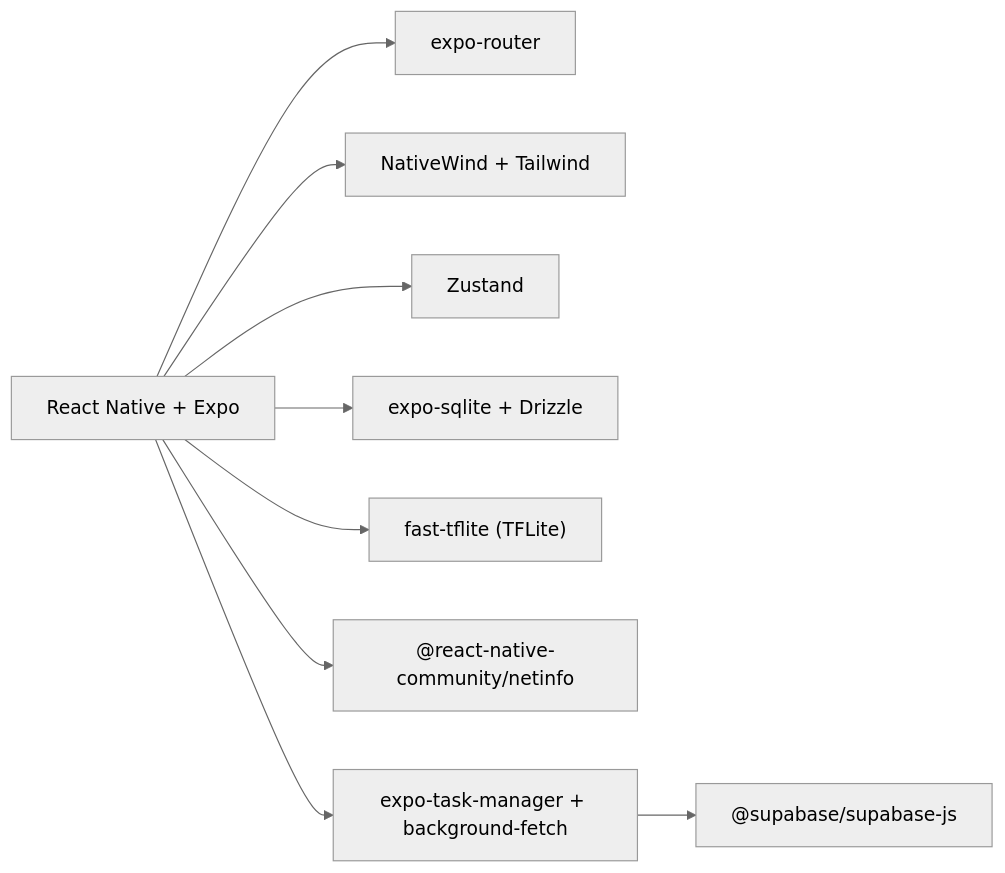
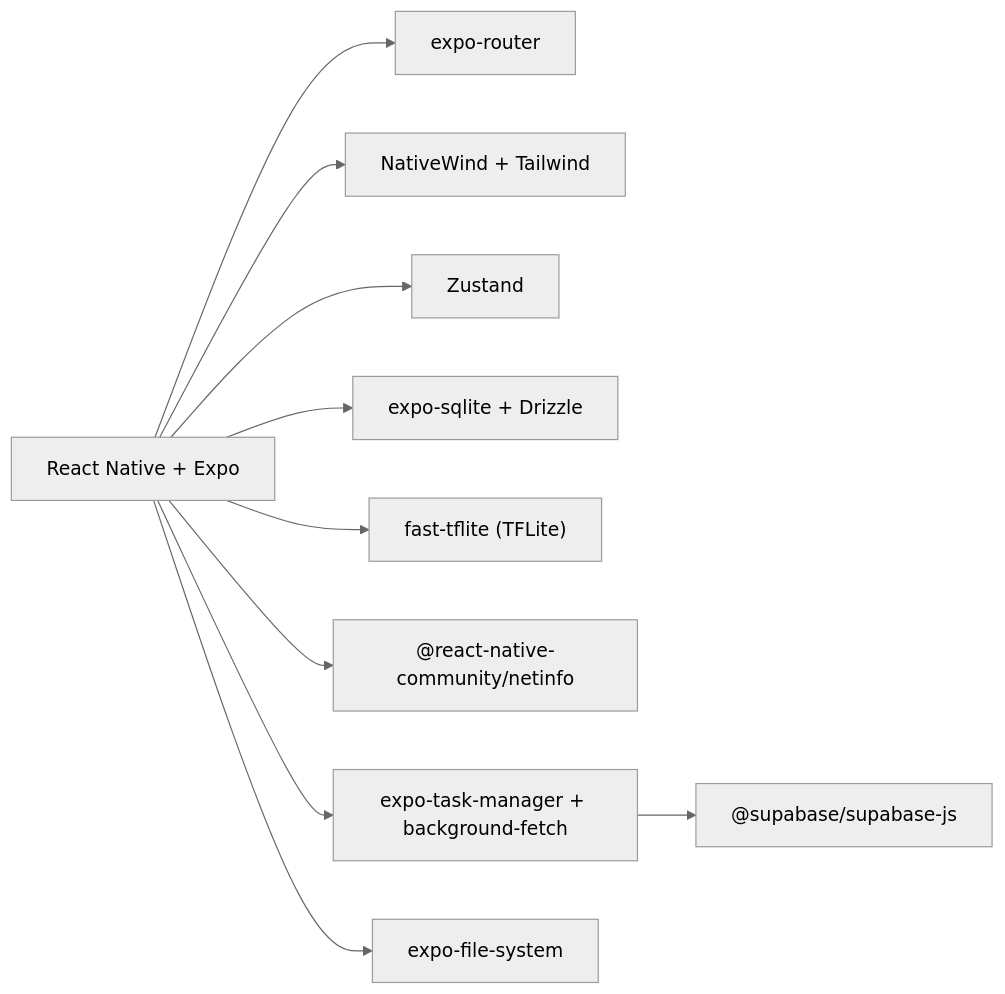
The eighth of 8 diagrams in .qoder/repowiki/en/content/Development Guide.md (AdeelTahir-SE/DermSight), drawn with Mermaid (neutral theme) before and after one commit. The commit also changed other lines of this file and 19 other files, not shown here.

````diff
--- a/.qoder/repowiki/en/content/Development Guide.md
+++ b/.qoder/repowiki/en/content/Development Guide.md
@@ -231,11 +259,12 @@
 ```mermaid
 graph LR
 RN["React Native + Expo"] --> Router["expo-router"]
 RN --> Style["NativeWind + Tailwind"]
 RN --> State["Zustand"]
 RN --> DB["expo-sqlite + Drizzle"]
 RN --> ML["fast-tflite (TFLite)"]
 RN --> Net["@react-native-community/netinfo"]
 RN --> Sync["expo-task-manager + background-fetch"]
+RN --> FS["expo-file-system"]
 Sync --> API["@supabase/supabase-js"]
 ```
````
